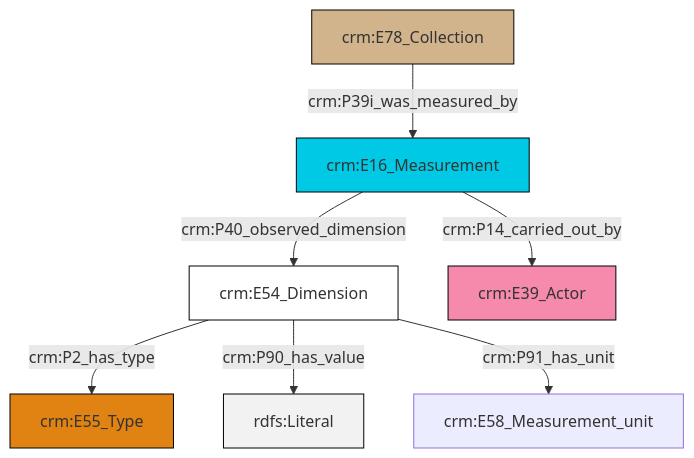
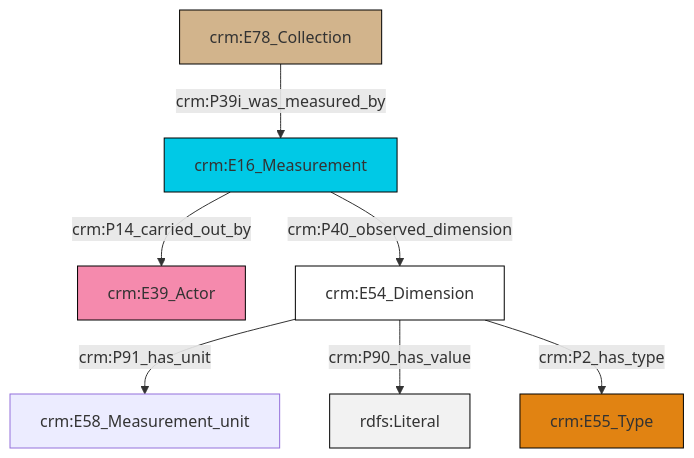
The diagram in et/archivalCSV/ttl/mmd/archival_substance.ttl.mmd (swiss-art-research-net/docs.swissartresearch), drawn with Mermaid before and after one commit. The commit also changed 174 other files, not shown here.

```diff
--- a/et/archivalCSV/ttl/mmd/archival_substance.ttl.mmd
+++ b/et/archivalCSV/ttl/mmd/archival_substance.ttl.mmd
@@ -1,21 +1,21 @@
 graph TD
 classDef Literal fill:#f2f2f2,stroke:#000000;
 classDef CRM_Entity fill:#FFFFFF,stroke:#000000;
 classDef Temporal_Entity fill:#00C9E6, stroke:#000000;
 classDef Type fill:#E18312, stroke:#000000;
 classDef Time-Span fill:#2C9C91, stroke:#000000;
 classDef Appellation fill:#FFEB7F, stroke:#000000;
 classDef Place fill:#008836, stroke:#000000;
 classDef Persistent_Item fill:#B266B2, stroke:#000000;
 classDef Conceptual_Object fill:#FFD700, stroke:#000000;
 classDef Physical_Thing fill:#D2B48C, stroke:#000000;
 classDef Actor fill:#f58aad, stroke:#000000;
 classDef PC_Classes fill:#4ce600, stroke:#000000;
 classDef Multi fill:#cccccc,stroke:#000000;
 
-0["crm:E54_Dimension"]:::CRM_Entity -->|crm:P2_has_type| 1["crm:E55_Type"]:::Type
-0["crm:E54_Dimension"]:::CRM_Entity -->|crm:P90_has_value| 2[rdfs:Literal]:::Literal
-3["crm:E78_Collection"]:::Physical_Thing -->|crm:P39i_was_measured_by| 4["crm:E16_Measurement"]:::Temporal_Entity
-4["crm:E16_Measurement"]:::Temporal_Entity -->|crm:P14_carried_out_by| 9["crm:E39_Actor"]:::Actor
-4["crm:E16_Measurement"]:::Temporal_Entity -->|crm:P40_observed_dimension| 0["crm:E54_Dimension"]:::CRM_Entity
-0["crm:E54_Dimension"]:::CRM_Entity -->|crm:P91_has_unit| 6["crm:E58_Measurement_unit"]:::Default
+4["crm:E54_Dimension"]:::CRM_Entity -->|crm:P91_has_unit| 8["crm:E58_Measurement_unit"]:::Default
+0["crm:E78_Collection"]:::Physical_Thing -->|crm:P39i_was_measured_by| 6["crm:E16_Measurement"]:::Temporal_Entity
+6["crm:E16_Measurement"]:::Temporal_Entity -->|crm:P40_observed_dimension| 4["crm:E54_Dimension"]:::CRM_Entity
+4["crm:E54_Dimension"]:::CRM_Entity -->|crm:P90_has_value| 12[rdfs:Literal]:::Literal
+6["crm:E16_Measurement"]:::Temporal_Entity -->|crm:P14_carried_out_by| 2["crm:E39_Actor"]:::Actor
+4["crm:E54_Dimension"]:::CRM_Entity -->|crm:P2_has_type| 10["crm:E55_Type"]:::Type
```
